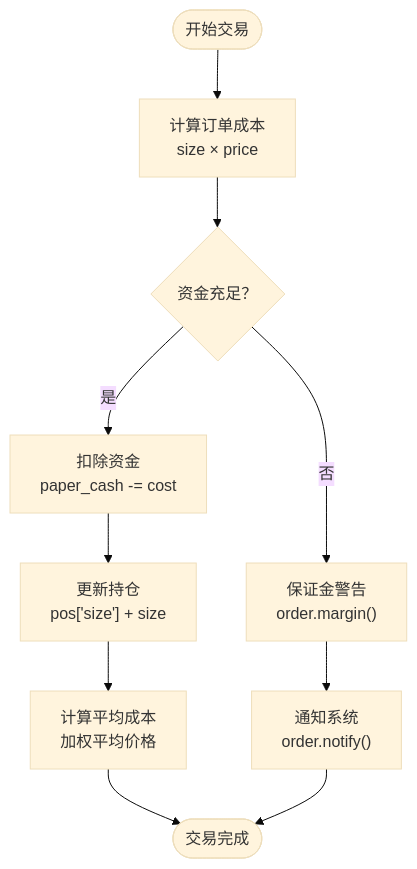
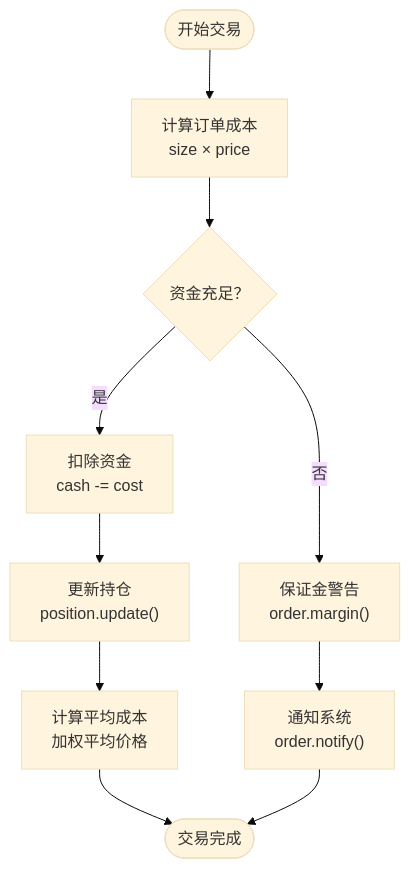
The sixth of 8 diagrams in .qoder/repowiki/zh/content/实盘交易模块/Binance交易所集成/BinanceBroker执行层.md (bench-prog/backtrader), drawn with Mermaid (base theme) before and after one commit. The commit also changed other lines of this file and 23 other files, not shown here.

````diff
--- a/.qoder/repowiki/zh/content/实盘交易模块/Binance交易所集成/BinanceBroker执行层.md
+++ b/.qoder/repowiki/zh/content/实盘交易模块/Binance交易所集成/BinanceBroker执行层.md
@@ -308,12 +312,12 @@
 ```mermaid
 flowchart TD
 Start([开始交易]) --> CalcCost["计算订单成本<br/>size × price"]
 CalcCost --> CheckCash{"资金充足？"}
-CheckCash --> |是| DeductCash["扣除资金<br/>paper_cash -= cost"]
+CheckCash --> |是| DeductCash["扣除资金<br/>cash -= cost"]
 CheckCash --> |否| MarginCall["保证金警告<br/>order.margin()"]
-DeductCash --> UpdatePos["更新持仓<br/>pos['size'] + size"]
+DeductCash --> UpdatePos["更新持仓<br/>position.update()"]
 UpdatePos --> CalcAvg["计算平均成本<br/>加权平均价格"]
 CalcAvg --> End([交易完成])
 MarginCall --> Notify["通知系统<br/>order.notify()"]
 Notify --> End
 ```
````
